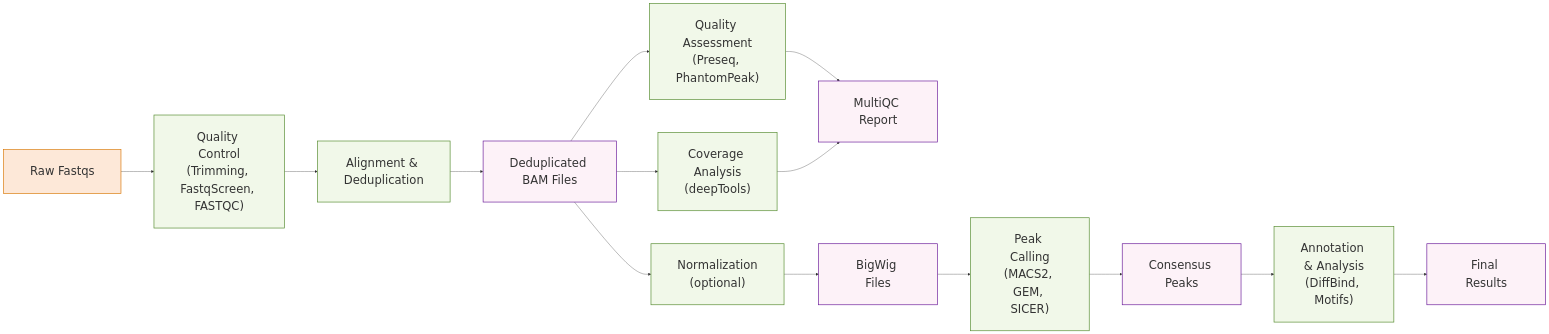
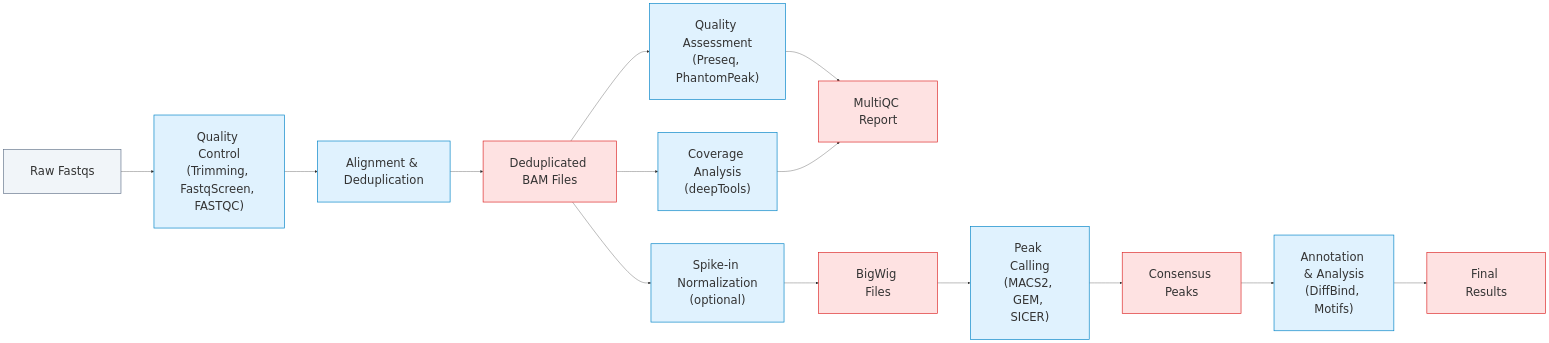
One commit to CCBR/CHAMPAGNE changed the diagram in docs/diagram/overview.md. Above: the diagram before and after it, drawn with Mermaid.

Commit message:
style: colors

````diff
--- a/docs/diagram/overview.md
+++ b/docs/diagram/overview.md
@@ -1,37 +1,37 @@
 ```mermaid
 flowchart LR
 
 %%{init: {
   "themeVariables": {
      "background": "transparent",
      "fontSize": "35px" },
   "flowchart": {
     "nodeSpacing": 100,
     "rankSpacing": 100,
     "padding": 40,
     "htmlLabels": true
 }}}%%
 
   %% High-level stages
   Raw["Raw Fastqs"]:::input
   Raw --> QC["Quality Control<br/>(Trimming, FastqScreen, FASTQC)"]:::process
   QC --> Align["Alignment & Deduplication"]:::process
   Align --> BAMs["Deduplicated BAM Files"]:::output
 
   BAMs --> Assessment["Quality Assessment<br/>(Preseq, PhantomPeak)"]:::process
   BAMs --> Deeptools["Coverage Analysis<br/>(deepTools)"]:::process
-  BAMs --> Norm["Normalization<br/>(optional)"]:::process
+  BAMs --> Norm["Spike-in Normalization<br/>(optional)"]:::process
 
   Assessment --> Reports["MultiQC Report"]:::output
   Deeptools --> Reports
   Norm --> Bigwigs["BigWig Files"]:::output
   Bigwigs --> Peaks["Peak Calling<br/>(MACS2, GEM, SICER)"]:::process
   Peaks --> Consensus["Consensus Peaks"]:::output
   Consensus --> Downstream["Annotation & Analysis<br/>(DiffBind, Motifs)"]:::process
   Downstream --> Final["Final Results"]:::output
 
-  %% Styles - Modern sleek theme
-  classDef input fill:#fde8d8,stroke:#d97706,stroke-width:2px;
-  classDef process fill:#f1f8e9,stroke:#558b2f,stroke-width:2px;
-  classDef output fill:#fdf2f8,stroke:#6a1b9a,stroke-width:2px;
+  %% Styles - Modern minimal sleek theme
+  classDef input fill:#f1f5f9,stroke:#64748b,stroke-width:2px;
+  classDef process fill:#e0f2fe,stroke:#0284c7,stroke-width:2px;
+  classDef output fill:#fee2e2,stroke:#dc2626,stroke-width:2px;
 ```
````
